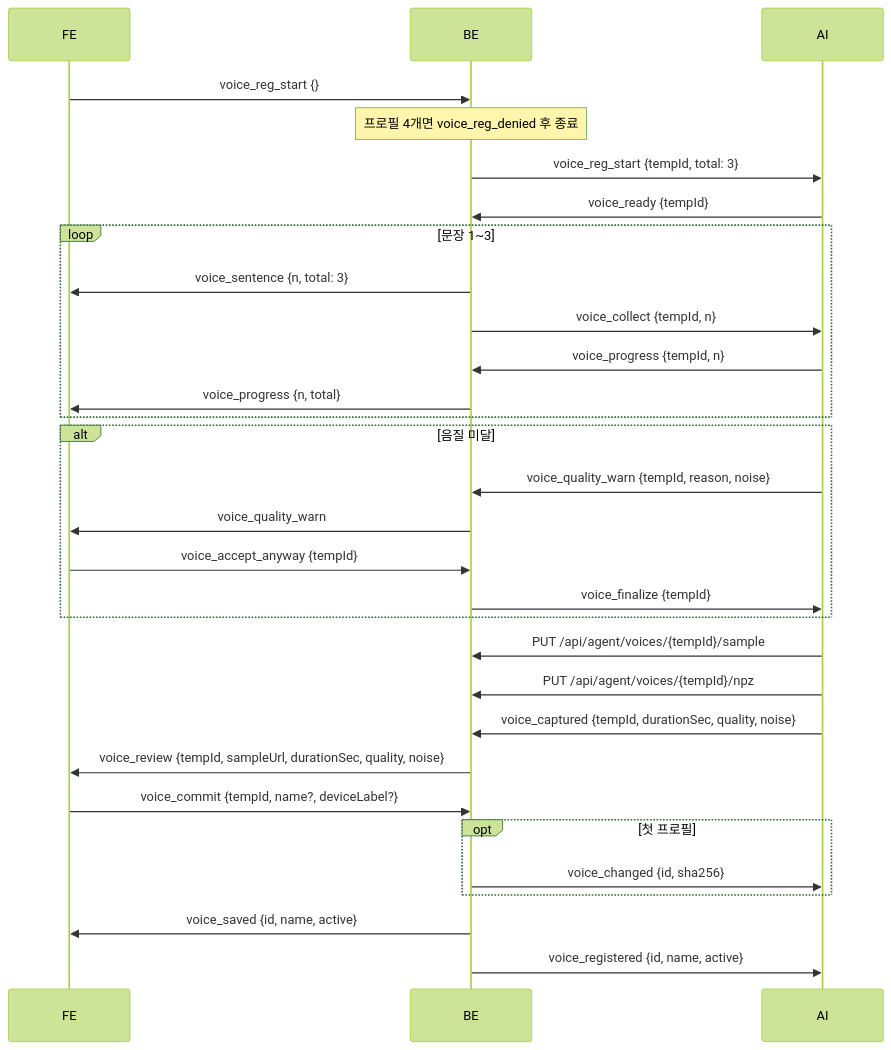
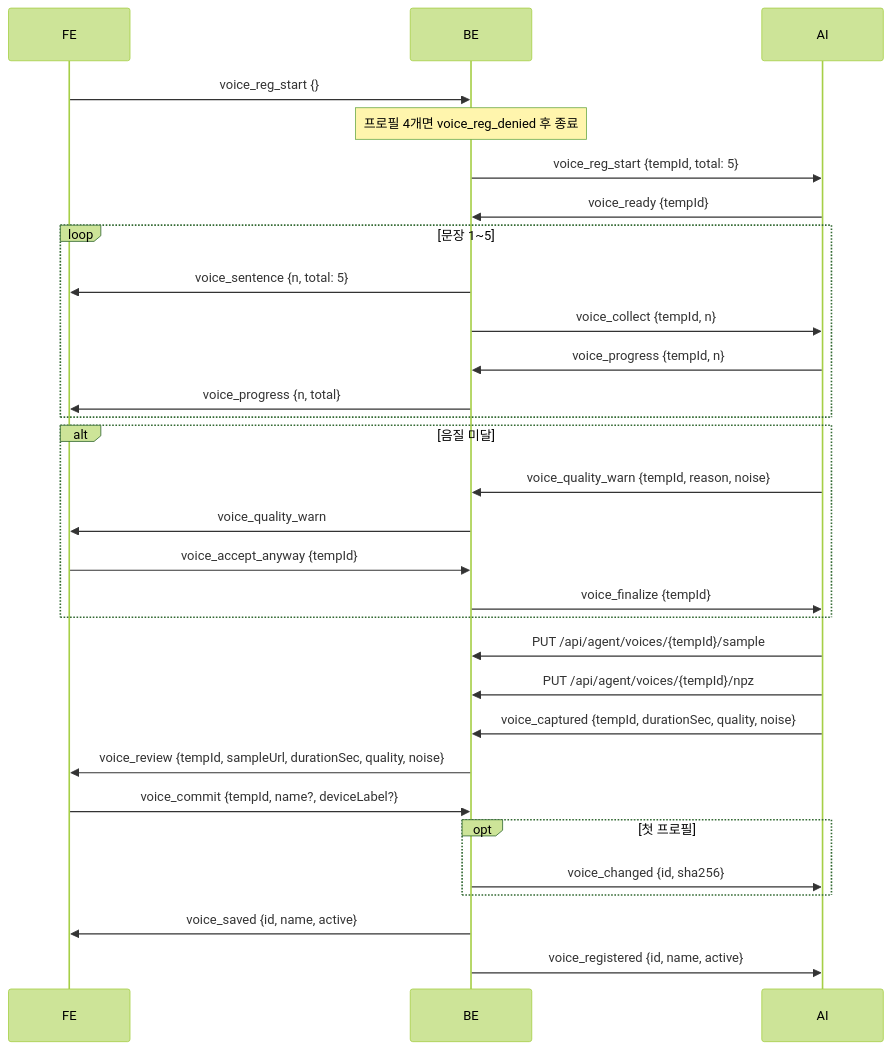
One commit to 42JH/SIA changed the ninth of 12 diagrams in Backend/docs/프로토콜.md. Above: the diagram before and after it, drawn with Mermaid (forest theme). The commit also changed other lines of this file and 6 other files, not shown here.

````diff
--- a/Backend/docs/프로토콜.md
+++ b/Backend/docs/프로토콜.md
@@ -1003,32 +1003,32 @@
 ```mermaid
 sequenceDiagram
     participant FE
     participant BE
     participant AI
     FE->>BE: voice_reg_start {}
     Note over BE: 프로필 4개면 voice_reg_denied 후 종료
-    BE->>AI: voice_reg_start {tempId, total: 3}
+    BE->>AI: voice_reg_start {tempId, total: 5}
     AI->>BE: voice_ready {tempId}
-    loop 문장 1~3
-        BE->>FE: voice_sentence {n, total: 3}
+    loop 문장 1~5
+        BE->>FE: voice_sentence {n, total: 5}
         BE->>AI: voice_collect {tempId, n}
         AI->>BE: voice_progress {tempId, n}
         BE->>FE: voice_progress {n, total}
     end
     alt 음질 미달
         AI->>BE: voice_quality_warn {tempId, reason, noise}
         BE->>FE: voice_quality_warn
         FE->>BE: voice_accept_anyway {tempId}
         BE->>AI: voice_finalize {tempId}
     end
     AI->>BE: PUT /api/agent/voices/{tempId}/sample
     AI->>BE: PUT /api/agent/voices/{tempId}/npz
     AI->>BE: voice_captured {tempId, durationSec, quality, noise}
     BE->>FE: voice_review {tempId, sampleUrl, durationSec, quality, noise}
     FE->>BE: voice_commit {tempId, name?, deviceLabel?}
     opt 첫 프로필
         BE->>AI: voice_changed {id, sha256}
     end
     BE->>FE: voice_saved {id, name, active}
     BE->>AI: voice_registered {id, name, active}
 ```
````
